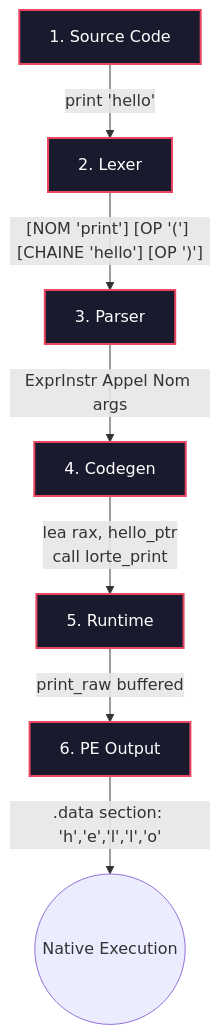
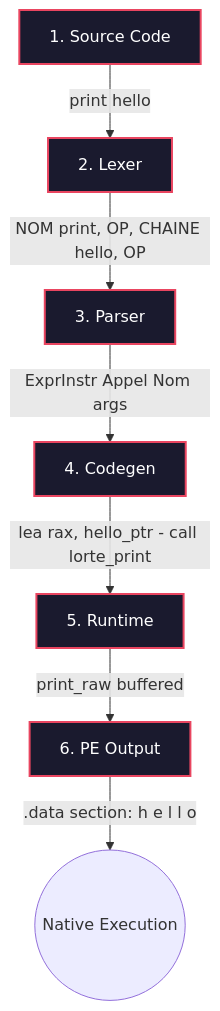
Before and after one commit to rafilme13987/Python-compiler-: the fifth of 6 diagrams in README.md, drawn with Mermaid. The commit also changed other lines of this file, not shown here.

````diff
--- a/README.md
+++ b/README.md
@@ -135,12 +136,12 @@
 ```mermaid
 flowchart TD
-    S[1. Source Code] -->|"print 'hello'"| L[2. Lexer]
-    L -->|"[NOM 'print'] [OP '('] [CHAINE 'hello'] [OP ')']"| P[3. Parser]
-    P -->|"ExprInstr Appel Nom args"| C[4. Codegen]
-    C -->|"lea rax, hello_ptr<br/>call lorte_print"| R[5. Runtime]
-    R -->|"print_raw buffered"| PE[6. PE Output]
-    PE -->|".data section: 'h','e','l','l','o'"| EXE((Native Execution))
+    S[1. Source Code] -->|print hello| L[2. Lexer]
+    L -->|NOM print, OP, CHAINE hello, OP| P[3. Parser]
+    P -->|ExprInstr Appel Nom args| C[4. Codegen]
+    C -->|lea rax, hello_ptr - call lorte_print| R[5. Runtime]
+    R -->|print_raw buffered| PE[6. PE Output]
+    PE -->|.data section: h e l l o| EXE((Native Execution))
 
     classDef step fill:#1a1a2e,stroke:#e94560,stroke-width:2px,color:#fff;
     class S,L,P,C,R,PE step;
 ```
````
